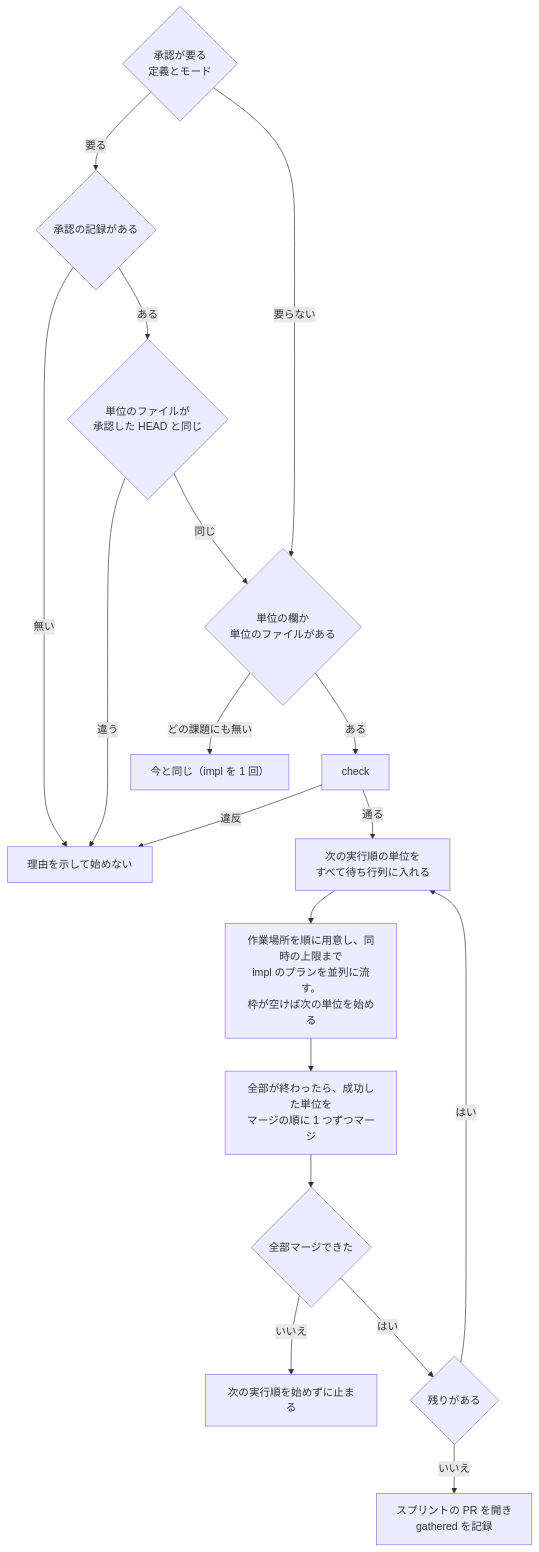
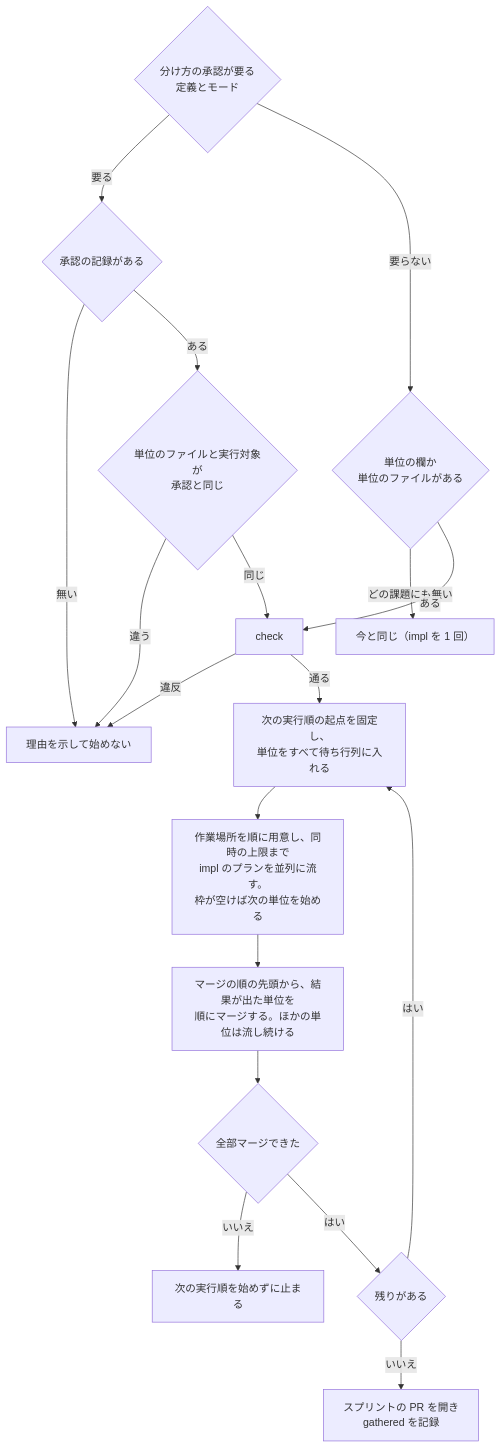
The fourth of 4 diagrams in issues/issue-3702-design.md (devbasex/ai-plugins), drawn with Mermaid before and after one commit. The commit also changed other lines of this file, not shown here.

Commit message:
Docs: #3702 の cross-review の指摘を直す（実装を流す入口を ndf progress units run にまとめて承認の要否と実行対象を記録から読む、レビューの結果の HEAD を承認の記録に結ぶ、マージできる単位から順にマージする、利用上限で新しい起動を止める） （#3702）

````diff
--- a/issues/issue-3702-design.md
+++ b/issues/issue-3702-design.md
@@ -254,20 +269,20 @@
 ```mermaid
 flowchart TB
-  R{"承認が要る<br/>定義とモード"} -->|要る| H{"承認の記録がある"}
+  R{"分け方の承認が要る<br/>定義とモード"} -->|要る| H{"承認の記録がある"}
+  H -->|無い| X["理由を示して始めない"]
+  H -->|ある| B{"単位のファイルと実行対象が<br/>承認と同じ"}
+  B -->|違う| X
+  B -->|同じ| C["check"]
   R -->|要らない| A{"単位の欄か<br/>単位のファイルがある"}
-  H -->|無い| X["理由を示して始めない"]
-  H -->|ある| B{"単位のファイルが<br/>承認した HEAD と同じ"}
-  B -->|違う| X
-  B -->|同じ| A
   A -->|どの課題にも無い| OLD["今と同じ（impl を 1 回）"]
-  A -->|ある| C["check"]
+  A -->|ある| C
   C -->|違反| X
-  C -->|通る| G["次の実行順の単位を<br/>すべて待ち行列に入れる"]
+  C -->|通る| G["次の実行順の起点を固定し、<br/>単位をすべて待ち行列に入れる"]
   G --> W["作業場所を順に用意し、同時の上限まで<br/>impl のプランを並列に流す。<br/>枠が空けば次の単位を始める"]
-  W --> M["全部が終わったら、成功した単位を<br/>マージの順に 1 つずつマージ"]
+  W --> M["マージの順の先頭から、結果が出た単位を<br/>順にマージする。ほかの単位は流し続ける"]
   M --> Q{"全部マージできた"}
   Q -->|いいえ| Y["次の実行順を始めずに止まる"]
   Q -->|はい| N{"残りがある"}
   N -->|はい| G
   N -->|いいえ| P["スプリントの PR を開き<br/>gathered を記録"]
 ```
````
